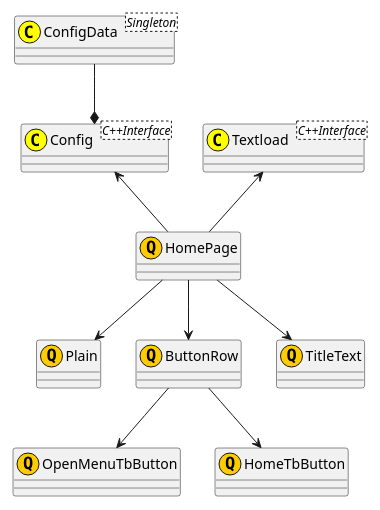
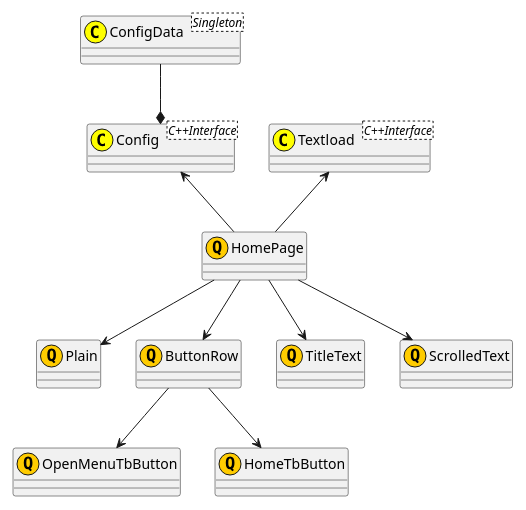
Before and after one commit to MARTIMM/HikingCompanion: the seventh of 14 diagrams in Docs/Design.md, drawn with PlantUML. The commit also changed other lines of this file, not shown here.

````diff
--- a/Docs/Design.md
+++ b/Docs/Design.md
@@ -137,29 +137,31 @@
 ```plantuml
 scale 0.8
 
 class "ConfigData<Singleton>" as ConfigData << (C,yellow) >>
 class "Config<C++Interface>" as Config << (C,yellow) >>
 
 class Plain << (Q,#ffcc00) >>
 class "Textload<C++Interface>" as Textload << (C,yellow) >>
 class HomePage << (Q,#ffcc00) >>
 
 class ButtonRow << (Q,#ffcc00) >>
 class OpenMenuTbButton << (Q,#ffcc00) >>
 class HomeTbButton << (Q,#ffcc00) >>
 
 class TitleText << (Q,#ffcc00) >>
+class ScrolledText << (Q,#ffcc00) >>
 
 
 Config <-- HomePage
 ConfigData --* Config
 
 Textload <-- HomePage
 
 HomePage --> Plain
 HomePage --> ButtonRow
 HomePage --> TitleText
+HomePage --> ScrolledText
 
 ButtonRow --> OpenMenuTbButton
 ButtonRow --> HomeTbButton
 ```
````
